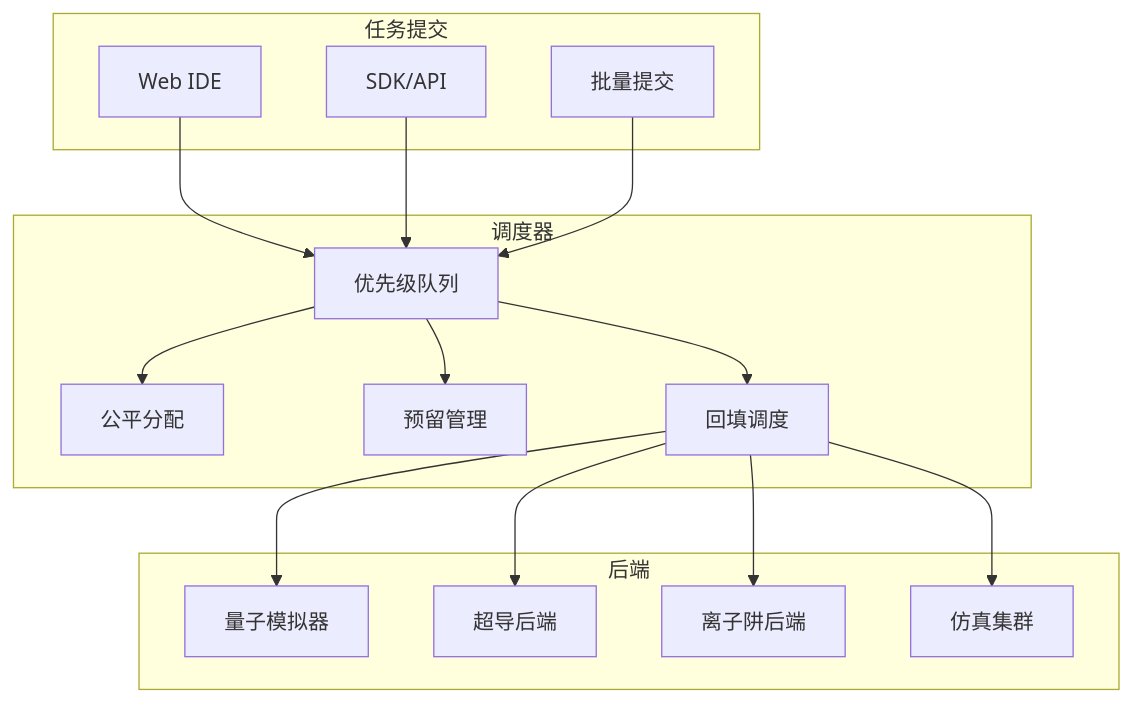
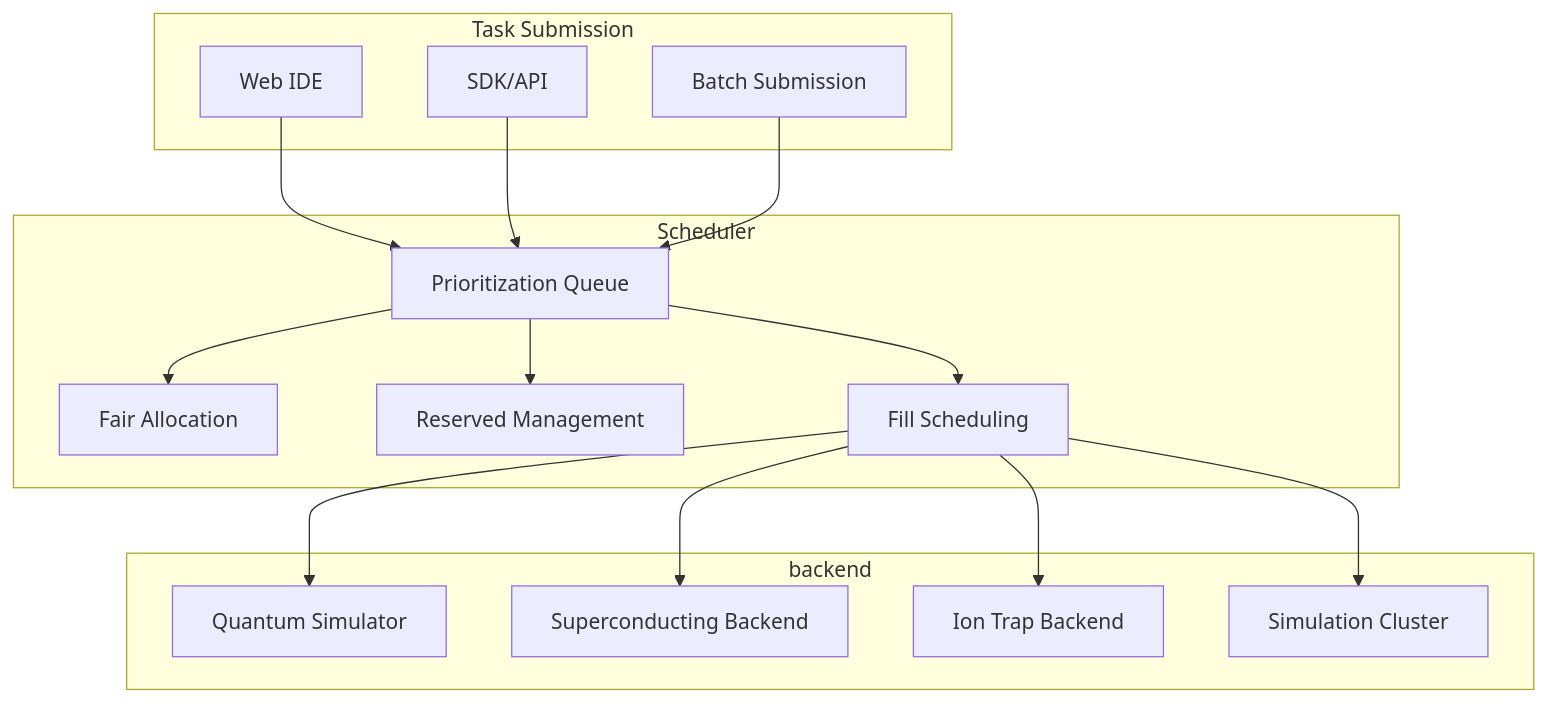
One commit to teaglebuilt/knowledge-tree changed the third of 3 diagrams in tree/application/architecture/quantum-computing-cloud.md. Above: the diagram before and after it, drawn with Mermaid. The commit also changed other lines of this file and 7 other files, not shown here.

````diff
--- a/tree/application/architecture/quantum-computing-cloud.md
+++ b/tree/application/architecture/quantum-computing-cloud.md
@@ -177,26 +177,26 @@
 ```mermaid
 graph TB
-    subgraph 任务提交
+    subgraph Task Submission
         T1[Web IDE]
         T2[SDK/API]
-        T3[批量提交]
+        T3[Batch Submission]
     end
 
-    subgraph 调度器
-        S1[优先级队列]
-        S2[公平分配]
-        S3[预留管理]
-        S4[回填调度]
+    subgraph Scheduler
+        S1[Prioritization Queue]
+        S2[Fair Allocation]
+        S3[Reserved Management]
+        S4[Fill Scheduling]
     end
 
-    subgraph 后端
-        B1[量子模拟器]
-        B2[超导后端]
-        B3[离子阱后端]
-        B4[仿真集群]
+    subgraph backend
+        B1[Quantum Simulator]
+        B2[Superconducting Backend]
+        B3[Ion Trap Backend]
+        B4[Simulation Cluster]
     end
 
     T1 & T2 & T3 --> S1
     S1 --> S2 & S3 & S4
     S4 --> B1 & B2 & B3 & B4
 ```
````
